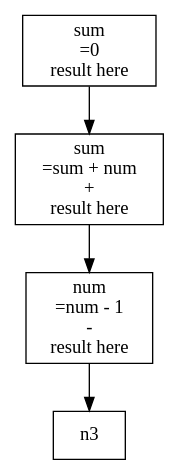
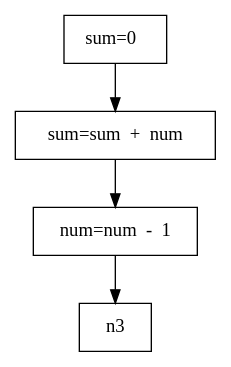
One commit to AbhijeetSasmal15121996/Compiler changed the diagram in Compiler Design/tac.dot. Above: the diagram before and after it, drawn with Graphviz. The commit also changed 11 other files, not shown here.

```diff
--- a/Compiler Design/tac.dot
+++ b/Compiler Design/tac.dot
@@ -1,9 +1,9 @@
 digraph G {
 node [shape = box];
-n0 [label="sum\n=0\n result here\n"];
-n1 [label="sum\n=sum + num\n+\nresult here\n"];
-n2 [label="num\n=num - 1\n-\nresult here\n"];
+n0 [label="sum=0  "];
 n0 -> n1
+n1 [label="sum=sum  +  num"];
 n1 -> n2
+n2 [label="num=num  -  1"];
 n2 -> n3
 }
```
